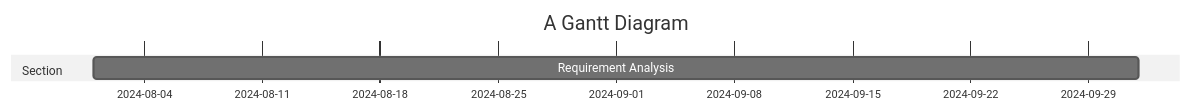
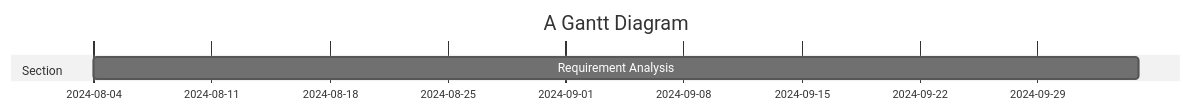
One commit to sayshelley/iodraw-files changed the diagram in all/Code Gantt Chart.md. Above: the diagram before and after it, drawn with Mermaid (neutral theme).

Commit message:
2024-10-04 15:45:31 update

````diff
--- a/all/Code Gantt Chart.md
+++ b/all/Code Gantt Chart.md
@@ -1,11 +1,12 @@
 ```mermaid
 gantt
     title A Gantt Diagram
     dateFormat  YYYY-MM-DD
     section Section
-    Requirement Analysis        :a1, 2024-08-, 62d
+    Requirement Analysis        :a1, 2024-08-04, 62d
+    
     
 
 
    
 ```
````
